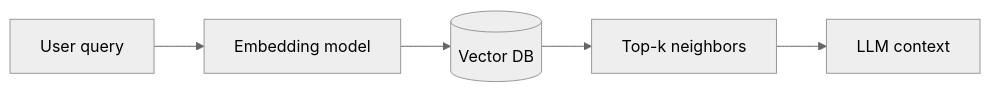
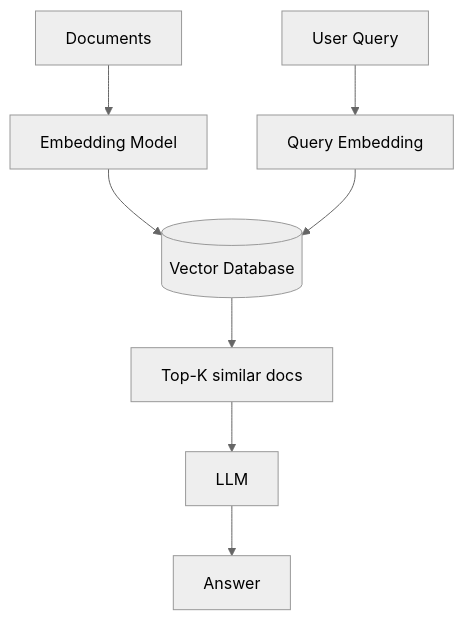
The eighth of 9 diagrams in 02-databases/README.md (hareramcse/SystemDesign), drawn with Mermaid (neutral theme) before and after one commit. The commit also changed other lines of this file, not shown here.

````diff
--- a/02-databases/README.md
+++ b/02-databases/README.md
@@ -1487,7 +7521,10 @@
 ```mermaid
-flowchart LR
-    Text[User query] --> Embed[Embedding model]
-    Embed --> VDB[(Vector DB)]
-    VDB --> TopK[Top-k neighbors]
-    TopK --> LLM[LLM context]
+flowchart TB
+  Docs[Documents] --> Embed[Embedding Model]
+  Embed --> VDB[(Vector Database)]
+  Q[User Query] --> QEmb[Query Embedding]
+  QEmb --> VDB
+  VDB --> TopK[Top-K similar docs]
+  TopK --> LLM[LLM]
+  LLM --> Ans[Answer]
 ```
````
